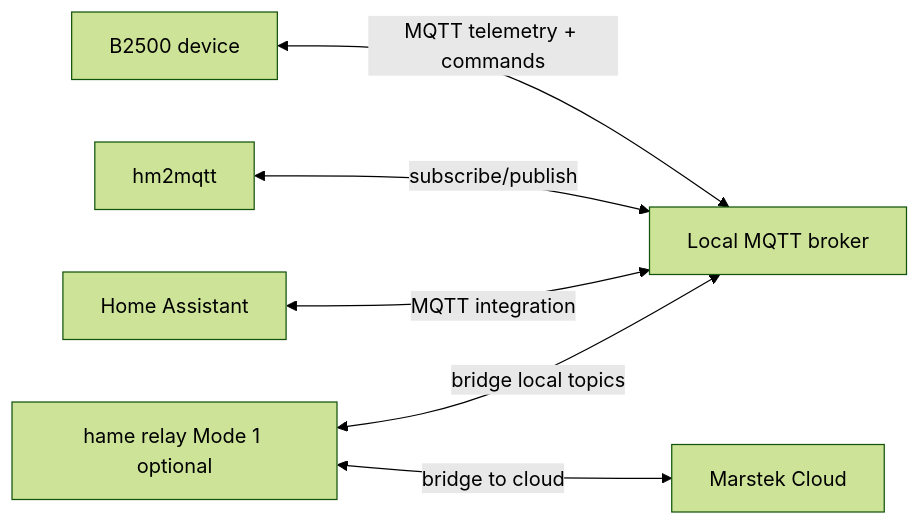
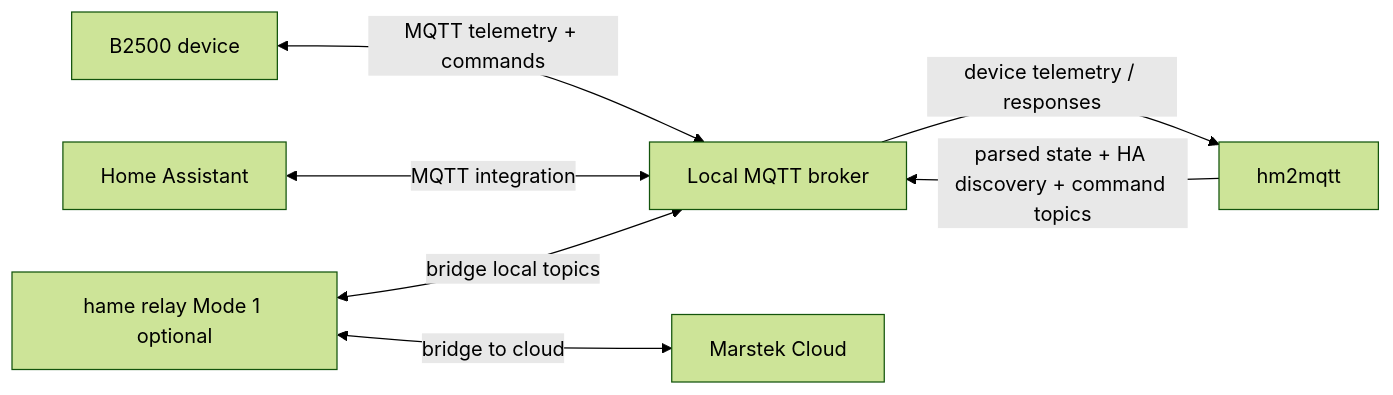
Before and after one commit to tomquist/hm2mqtt: the first of 2 diagrams in README.md, drawn with Mermaid (forest theme). The commit also changed other lines of this file, not shown here.

Commit message:
docs: split hm2mqtt broker link into two directional labeled edges

````diff
--- a/README.md
+++ b/README.md
@@ -37,8 +37,9 @@
 ```mermaid
 flowchart LR
     B2500[B2500 device] <-->|MQTT telemetry + commands| Broker[Local MQTT broker]
-    HM2MQTT[hm2mqtt] <-->|subscribe/publish| Broker
+    Broker -->|device telemetry / responses| HM2MQTT[hm2mqtt]
+    HM2MQTT -->|parsed state + HA discovery + command topics| Broker
     HA[Home Assistant] <-->|MQTT integration| Broker
     Relay[hame relay Mode 1 optional] <-->|bridge local topics| Broker
     Relay <-->|bridge to cloud| Cloud[Marstek Cloud]
 ```
````
